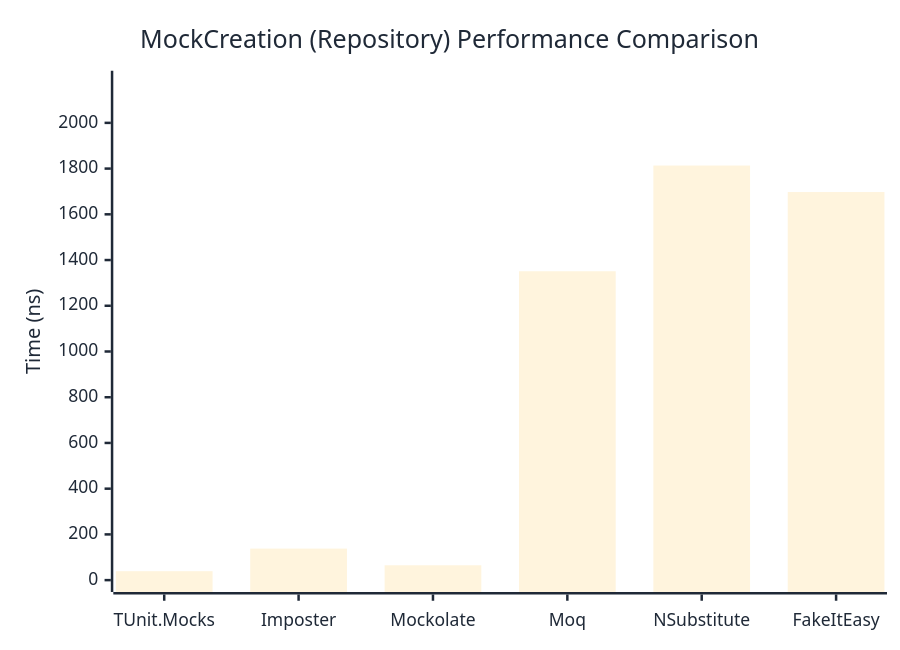
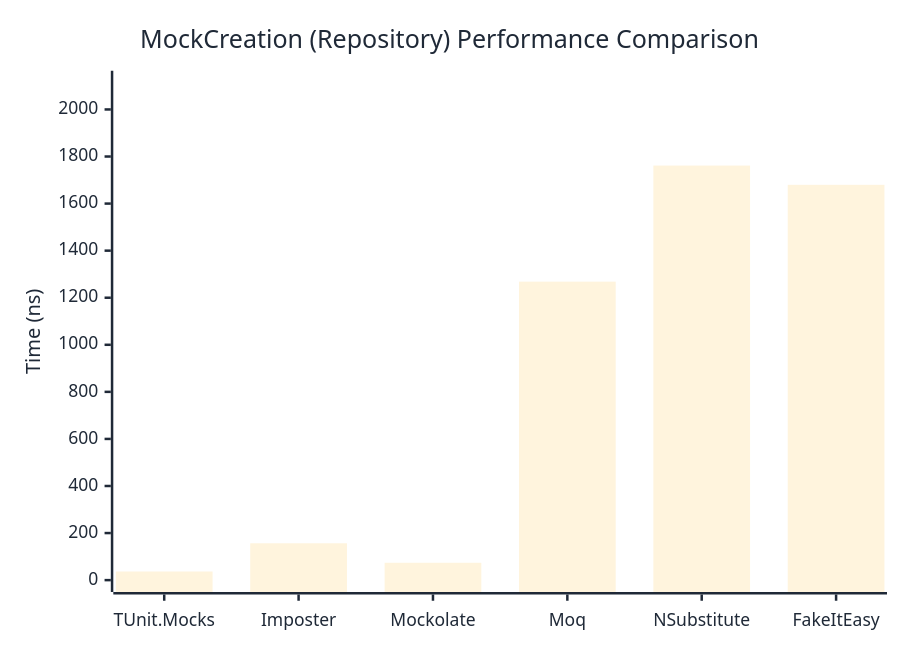
The second of 2 diagrams in docs/docs/benchmarks/mocks/MockCreation.md (thomhurst/TUnit), drawn with Mermaid before and after one commit. The commit also changed other lines of this file and 14 other files, not shown here.

````diff
--- a/docs/docs/benchmarks/mocks/MockCreation.md
+++ b/docs/docs/benchmarks/mocks/MockCreation.md
@@ -69,27 +69,27 @@
 ```mermaid
 %%{init: {
   'theme':'base',
   'themeVariables': {
     'primaryColor': '#2563eb',
     'primaryTextColor': '#1f2937',
     'primaryBorderColor': '#1e40af',
     'lineColor': '#6b7280',
     'secondaryColor': '#7c3aed',
     'tertiaryColor': '#dc2626',
     'background': '#ffffff',
     'pie1': '#2563eb',
     'pie2': '#7c3aed',
     'pie3': '#dc2626',
     'pie4': '#f59e0b',
     'pie5': '#10b981',
     'pie6': '#06b6d4',
     'pie7': '#ec4899',
     'pie8': '#6366f1'
   }
 }}%%
 xychart-beta
   title "MockCreation (Repository) Performance Comparison"
   x-axis ["TUnit.Mocks", "Imposter", "Mockolate", "Moq", "NSubstitute", "FakeItEasy"]
-  y-axis "Time (ns)" 0 --> 2176
-  bar [39.14, 137.88, 65, 1350.96, 1813.33, 1697.35]
+  y-axis "Time (ns)" 0 --> 2114
+  bar [36.65, 156.6, 73.79, 1268.33, 1761.64, 1679.82]
 ```
````
